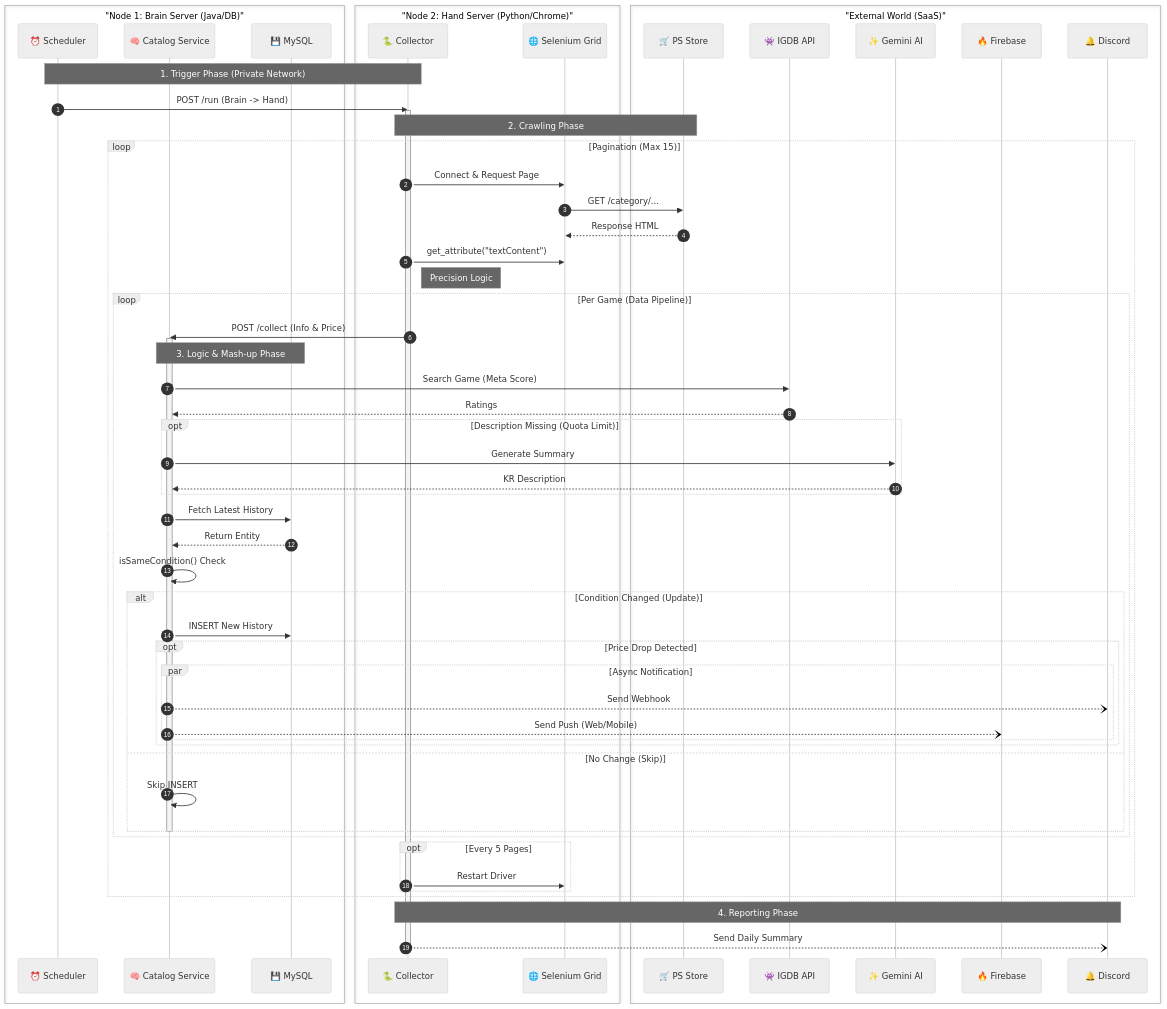
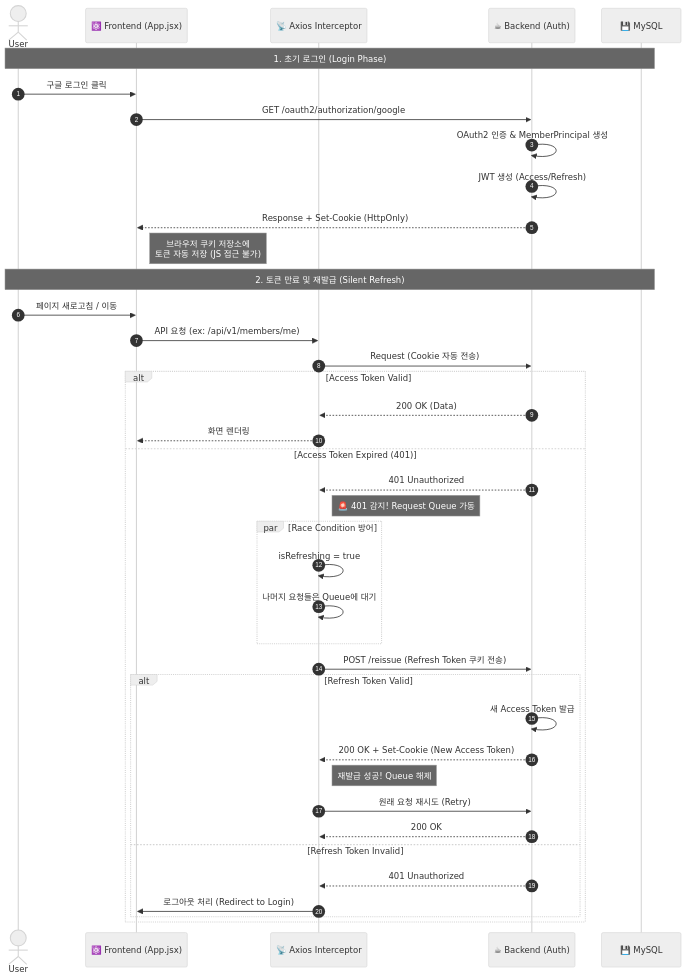
Before and after one commit to ygpark11/backend-lab: the second of 2 diagrams in msa/apps/README.md, drawn with Mermaid (neutral theme). The commit also changed other lines of this file, not shown here.

Commit message:
docs: 리드미에 인증 아키텍처 변경 내용 추가
[문서 업데이트 사항]
1. 아키텍처 의사결정(ADR) 추가
   - JWT 저장 방식을 기존 Header(LocalStorage)에서 HttpOnly Cookie로 변경한 보안적 사유(XSS 방어) 명시

2. 보안 아키텍처(Security) 설명 최신화
   - HttpOnly Cookie 기반의 Stateless 인증 및 Silent Refresh 흐름 반영

````diff
--- a/msa/apps/README.md
+++ b/msa/apps/README.md
@@ -412,84 +423,50 @@
 ```mermaid
 sequenceDiagram
     autonumber
+    
+    actor User
+    participant React as ⚛️ Frontend (App.jsx)
+    participant Client as 📡 Axios Interceptor
+    participant Server as ☕ Backend (Auth)
+    participant DB as 💾 MySQL
 
-    %% 1. 서버 그룹핑 (물리적 분리 시각화)
-    box "Node 1: Brain Server (Java/DB)" #e1f5fe
-        participant Scheduler as ⏰ Scheduler
-        participant Service as 🧠 Catalog Service
-        participant DB as 💾 MySQL
-    end
+    Note over User, DB: 1. 초기 로그인 (Login Phase)
+    User->>React: 구글 로그인 클릭
+    React->>Server: GET /oauth2/authorization/google
+    Server->>Server: OAuth2 인증 & MemberPrincipal 생성
+    Server->>Server: JWT 생성 (Access/Refresh)
+    Server-->>React: Response + Set-Cookie (HttpOnly)
+    Note right of React: 브라우저 쿠키 저장소에<br/>토큰 자동 저장 (JS 접근 불가)
 
-    box "Node 2: Hand Server (Python/Chrome)" #fff3e0
-        participant Crawler as 🐍 Collector
-        participant Chrome as 🌐 Selenium Grid
-    end
+    Note over User, DB: 2. 토큰 만료 및 재발급 (Silent Refresh)
+    User->>React: 페이지 새로고침 / 이동
+    React->>Client: API 요청 (ex: /api/v1/members/me)
+    Client->>Server: Request (Cookie 자동 전송)
+    
+    alt Access Token Valid
+        Server-->>Client: 200 OK (Data)
+        Client-->>React: 화면 렌더링
+    else Access Token Expired (401)
+        Server-->>Client: 401 Unauthorized
+        
+        Note right of Client: 🚨 401 감지! Request Queue 가동
+        
+        par Race Condition 방어
+            Client->>Client: isRefreshing = true
+            Client->>Client: 나머지 요청들은 Queue에 대기
+        end
 
-    %% 2. 외부 세상 (External API)
-    box "External World (SaaS)" #f5f5f5
-        participant Store as 🛒 PS Store
-        participant IGDB as 👾 IGDB API
-        participant AI as ✨ Gemini AI
-        participant FCM as 🔥 Firebase
-        participant Discord as 🔔 Discord
-    end
-
-    Note over Scheduler, Crawler: 1. Trigger Phase (Private Network)
-    Scheduler->>Crawler: POST /run (Brain -> Hand)
-    activate Crawler
-    
-    Note over Crawler, Store: 2. Crawling Phase
-    loop Pagination (Max 15)
-        Crawler->>Chrome: Connect & Request Page
-        Chrome->>Store: GET /category/...
-        Store-->>Chrome: Response HTML
-        Crawler->>Chrome: get_attribute("textContent")
-        Note right of Crawler: Precision Logic
-
-        loop Per Game (Data Pipeline)
-            %% Hand -> Brain 전송
-            Crawler->>Service: POST /collect (Info & Price)
-            activate Service
-            
-            Note over Service, DB: 3. Logic & Mash-up Phase
-            
-            %% [Level 23] IGDB 연동
-            Service->>IGDB: Search Game (Meta Score)
-            IGDB-->>Service: Ratings
-            
-            %% [Level 36] AI 연동 (Description)
-            opt Description Missing (Quota Limit)
-                Service->>AI: Generate Summary
-                AI-->>Service: KR Description
-            end
-            
-            %% DB 비교 및 저장
-            Service->>DB: Fetch Latest History
-            DB-->>Service: Return Entity
-            Service->>Service: isSameCondition() Check
-            
-            alt Condition Changed (Update)
-                Service->>DB: INSERT New History
-                
-                %% [Level 35] 알림 발송 (다중 채널)
-                opt Price Drop Detected
-                    par Async Notification
-                        Service--)Discord: Send Webhook
-                        Service--)FCM: Send Push (Web/Mobile)
-                    end
-                end
-            else No Change (Skip)
-                Service->>Service: Skip INSERT
-            end
-            deactivate Service
-        end
+        Client->>Server: POST /reissue (Refresh Token 쿠키 전송)
         
-        opt Every 5 Pages
-            Crawler->>Chrome: Restart Driver
+        alt Refresh Token Valid
+            Server->>Server: 새 Access Token 발급
+            Server-->>Client: 200 OK + Set-Cookie (New Access Token)
+            Note right of Client: 재발급 성공! Queue 해제
+            Client->>Server: 원래 요청 재시도 (Retry)
+            Server-->>Client: 200 OK
+        else Refresh Token Invalid
+            Server-->>Client: 401 Unauthorized
+            Client->>React: 로그아웃 처리 (Redirect to Login)
         end
     end
-    
-    Note over Crawler, Discord: 4. Reporting Phase
-    Crawler--)Discord: Send Daily Summary
-    deactivate Crawler
 ```
````
